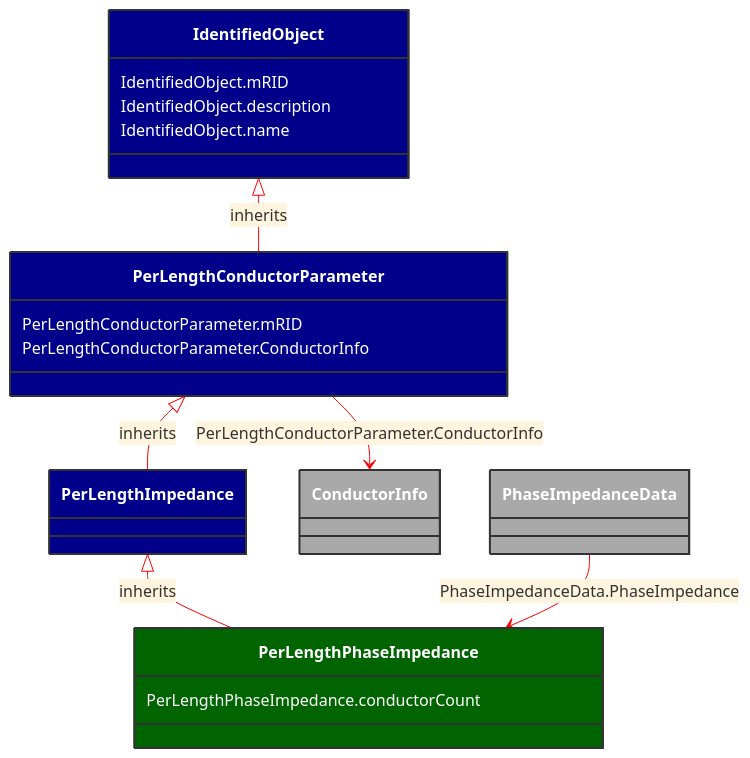
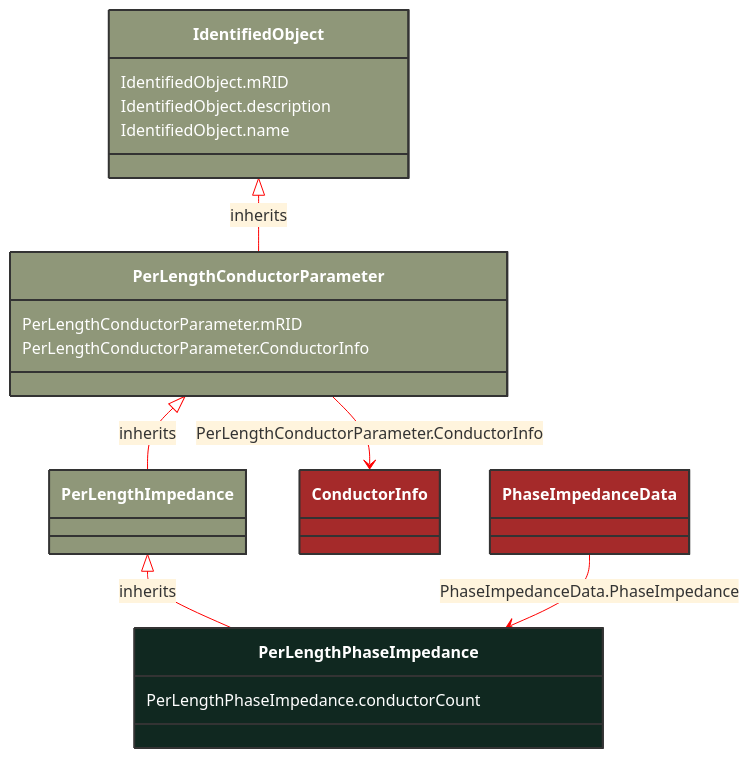
Before and after one commit to 3lbits/NoCIMExtensions: the diagram in docs/Models/Profiles/SubseaCableInfo/ConcreteClasses/PerLengthPhaseImpedance.md, drawn with Mermaid. The commit also changed 190 other files, not shown here.

````diff
--- a/docs/Models/Profiles/SubseaCableInfo/ConcreteClasses/PerLengthPhaseImpedance.md
+++ b/docs/Models/Profiles/SubseaCableInfo/ConcreteClasses/PerLengthPhaseImpedance.md
@@ -8,43 +8,39 @@
 ```mermaid
 %%{init: {'theme':'base','themeVariables': {'lineColor': '#FF0000'}}}%%
 classDiagram
     class PerLengthPhaseImpedance
     click PerLengthPhaseImpedance href "/Models/Profiles/SubseaCableInfo/ConcreteClasses/PerLengthPhaseImpedance/"
-    style PerLengthPhaseImpedance fill:#006400,stroke:#333,stroke-width:2px,rx:10,ry:10,color:white
-
+    style PerLengthPhaseImpedance fill:#102820,stroke:#333,stroke-width:2px,rx:10,ry:10,color:white
+     
         PerLengthImpedance <|-- PerLengthPhaseImpedance : inherits
             click PerLengthImpedance href "/Models/Profiles/SubseaCableInfo/AbstractClasses/PerLengthImpedance/"
-            style PerLengthImpedance fill:#00008B,stroke:#333,stroke-width:2px,rx:10,ry:10,color:white
-
-        PerLengthPhaseImpedance
-            click PerLengthPhaseImpedance href "/Models/Profiles/SubseaCableInfo/ConcreteClasses/PerLengthPhaseImpedance/"
-            style PerLengthImpedance fill:#00008B,stroke:#333,stroke-width:2px,rx:10,ry:10,color:white
-
+            style PerLengthImpedance fill:#8F9779,stroke:#333,stroke-width:2px,rx:10,ry:10,color:white
+     
         PerLengthConductorParameter <|-- PerLengthImpedance : inherits
             click PerLengthConductorParameter href "/Models/Profiles/SubseaCableInfo/AbstractClasses/PerLengthConductorParameter/"
-            style PerLengthConductorParameter fill:#00008B,stroke:#333,stroke-width:2px,rx:10,ry:10,color:white
-
+            style PerLengthConductorParameter fill:#8F9779,stroke:#333,stroke-width:2px,rx:10,ry:10,color:white
+     
         IdentifiedObject <|-- PerLengthConductorParameter : inherits
             click IdentifiedObject href "/Models/Profiles/SubseaCableInfo/AbstractClasses/IdentifiedObject/"
-            style IdentifiedObject fill:#00008B,stroke:#333,stroke-width:2px,rx:10,ry:10,color:white
+            style IdentifiedObject fill:#8F9779,stroke:#333,stroke-width:2px,rx:10,ry:10,color:white
 
         PerLengthConductorParameter --> ConductorInfo : PerLengthConductorParameter.ConductorInfo
 
         ConductorInfo
             click ConductorInfo href "/Models/Profiles/SubseaCableInfo/AbstractClasses/ConductorInfo/"
-            style ConductorInfo fill:#A9A9A9,stroke:#333,stroke-width:2px,rx:10,ry:10,color:white
+            style ConductorInfo fill:#A52A2A,stroke:#333,stroke-width:2px,rx:10,ry:10,color:white
 
         PhaseImpedanceData --> PerLengthPhaseImpedance : PhaseImpedanceData.PhaseImpedance
 
         PhaseImpedanceData
             click PhaseImpedanceData href "/Models/Profiles/SubseaCableInfo/ConcreteClasses/PhaseImpedanceData/"
-            style PhaseImpedanceData fill:#A9A9A9,stroke:#333,stroke-width:2px,rx:10,ry:10,color:white
+            style PhaseImpedanceData fill:#A52A2A,stroke:#333,stroke-width:2px,rx:10,ry:10,color:white
 
 
         PerLengthPhaseImpedance : PerLengthPhaseImpedance.conductorCount
         PerLengthConductorParameter : PerLengthConductorParameter.mRID
         PerLengthConductorParameter : PerLengthConductorParameter.ConductorInfo
         IdentifiedObject : IdentifiedObject.mRID
         IdentifiedObject : IdentifiedObject.description
         IdentifiedObject : IdentifiedObject.name
 ```
````
